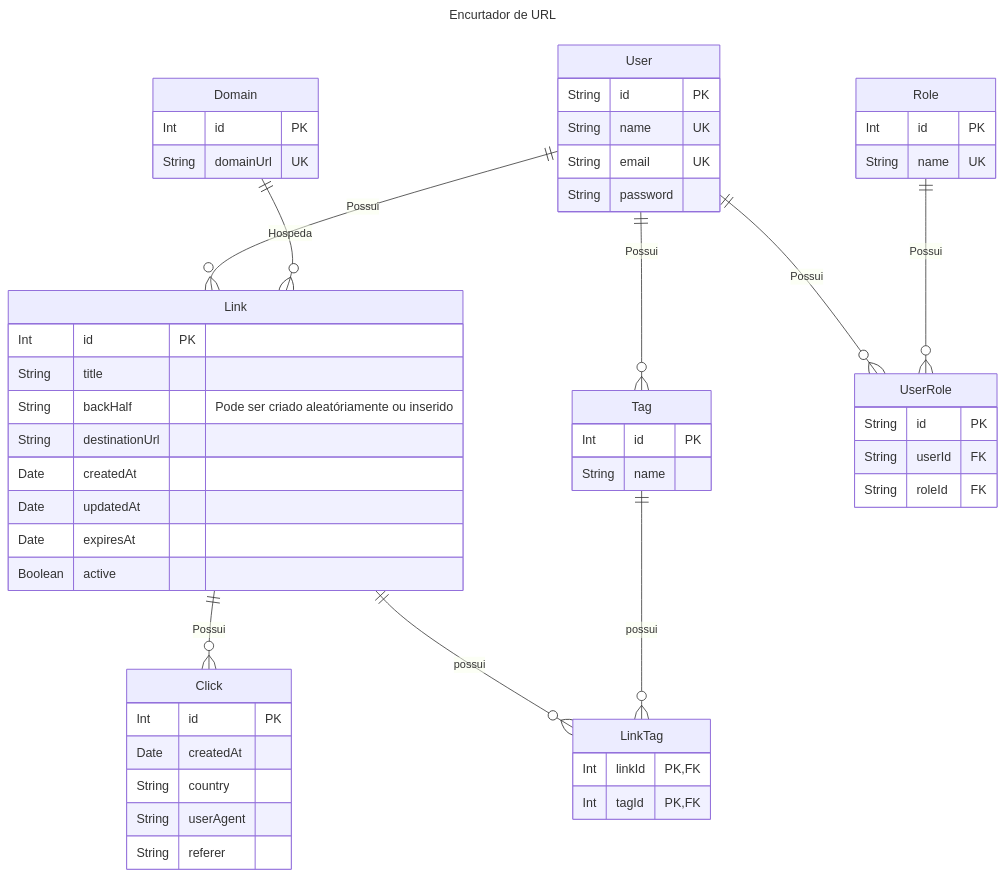
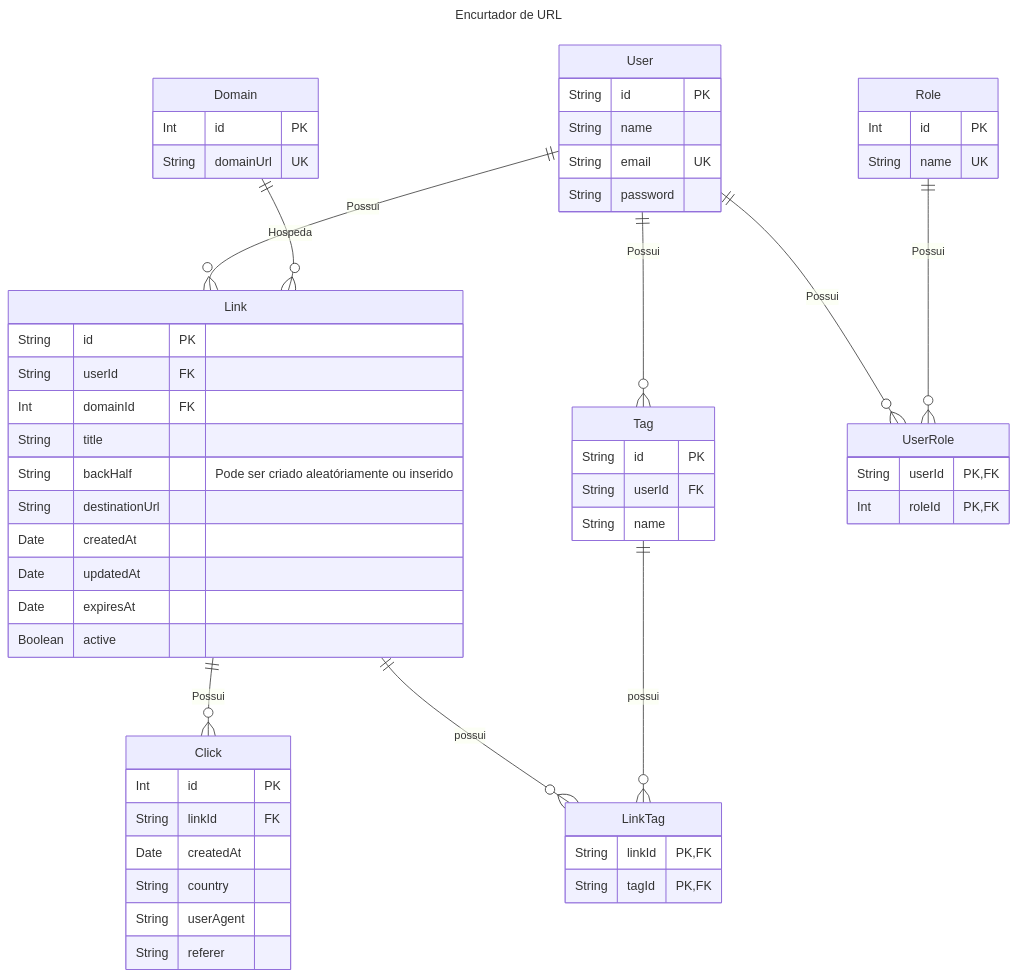
Before and after one commit to WillianSilva51/Linkr: the diagram in linkr-api/README.md, drawn with Mermaid. The commit also changed 27 other files, not shown here.

````diff
--- a/linkr-api/README.md
+++ b/linkr-api/README.md
@@ -3,71 +3,74 @@
 ```mermaid
 ---
 title: Encurtador de URL
 ---
 
 erDiagram
     direction TB
 
     User ||--o{ Link: Possui
     Domain ||--o{ Link: Hospeda
     Link ||--o{ Click: Possui
     Link ||--o{ LinkTag: possui
     Tag ||--o{ LinkTag: possui
     User ||--o{ UserRole: Possui
     Role ||--o{ UserRole: Possui
     User ||--o{ Tag: Possui
 
     User {
         String id PK
-        String name UK
+        String name
         String email UK
         String password
     }
 
     Role {
         Int id PK
         String name UK
     }
 
     UserRole {
-        String id PK
-        String userId FK
-        String roleId FK
+        String userId PK, FK
+        Int roleId PK, FK
     }
 
     Link {
-        Int id PK
+        String id PK
+        String userId FK
+        Int domainId FK
         String title
         String backHalf "Pode ser criado aleatóriamente ou inserido"
         String destinationUrl
         Date createdAt
         Date updatedAt
         Date expiresAt
         Boolean active
     }
 %% Constraint: UNIQUE(domainId, backHalf)
 
     Domain {
         Int id PK
         String domainUrl UK
     }
 
     Tag {
-        Int id PK
+        String id PK
+        String userId FK
         String name
     }
-    %% Constraint: UNIQUE(userId, name)
+%% Constraint: UNIQUE(userId, name)
 
     LinkTag {
-        Int linkId PK, FK
-        Int tagId PK, FK
+        String linkId PK, FK
+        String tagId PK, FK
     }
 
     Click {
         Int id PK
+        String linkId FK
         Date createdAt
         String country
         String userAgent
         String referer
     }
 ```
````
